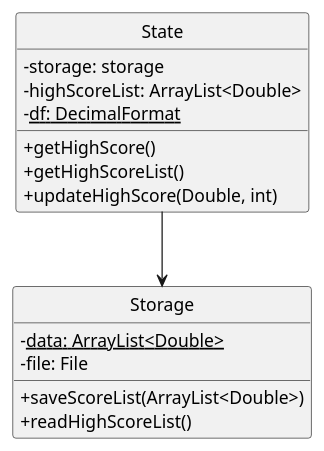
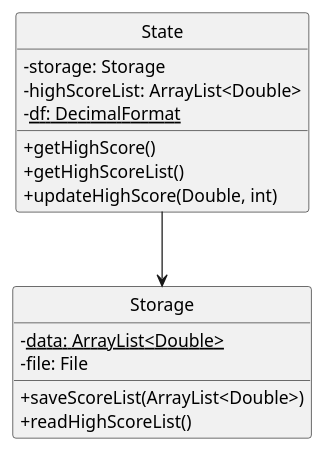
The diagram in docs/diagrams/StateClassDiagram.puml (AY2425S2-CS2113-F13-2/tp), drawn with PlantUML before and after one commit. The commit also changed 1 other file, not shown here.

Commit message:
Update class diagram

```diff
--- a/docs/diagrams/StateClassDiagram.puml
+++ b/docs/diagrams/StateClassDiagram.puml
@@ -1,22 +1,22 @@
 @startuml
 hide circle
 skinparam classAttributeIconSize 0
 
 class Storage {
     - <u>data: ArrayList<Double>
     - file: File
     + saveScoreList(ArrayList<Double>)
     + readHighScoreList()
 }
 
 class State {
-    - storage: storage
+    - storage: Storage
     - highScoreList: ArrayList<Double>
     - <u>df: DecimalFormat
     + getHighScore()
     + getHighScoreList()
     + updateHighScore(Double, int)
 }
 
 State --> Storage
 @enduml
```
